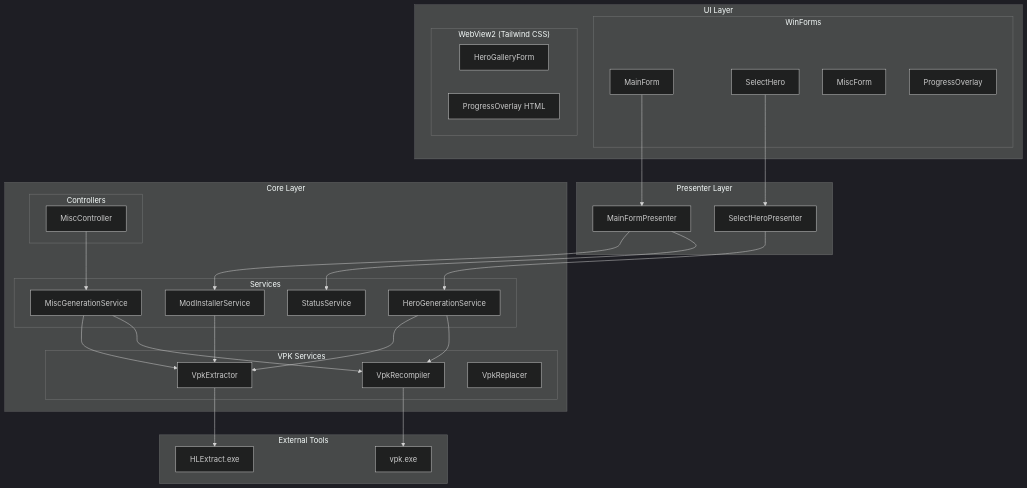
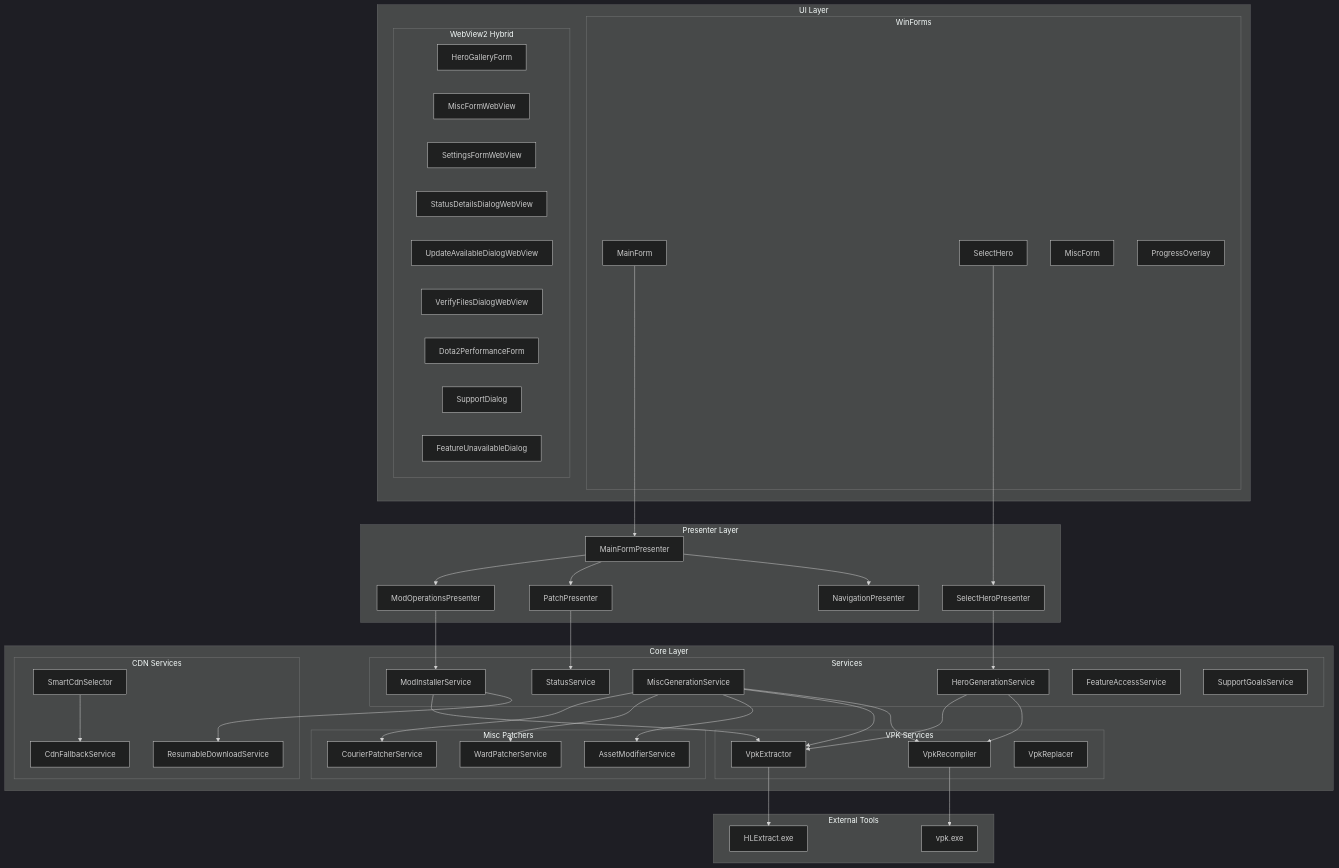
Before and after one commit to Anneardysa/ArdysaModsTools: the first of 8 diagrams in docs/developer/architecture.md, drawn with Mermaid (dark theme). The commit also changed other lines of this file and 14 other files, not shown here.

Commit message:
2.1.21 | Documentation | add support dialog, comprehensive docs refresh across 7 files | 2123

````diff
--- a/docs/developer/architecture.md
+++ b/docs/developer/architecture.md
@@ -9,56 +9,82 @@
 ```mermaid
 graph TB
     subgraph UI["UI Layer"]
         subgraph WinForms["WinForms"]
             MF[MainForm]
             SH[SelectHero]
             MiscF[MiscForm]
             PO[ProgressOverlay]
         end
-        subgraph WebView2["WebView2 (Tailwind CSS)"]
+        subgraph WebView2["WebView2 Hybrid"]
             HGF[HeroGalleryForm]
-            POW[ProgressOverlay HTML]
+            MFWV[MiscFormWebView]
+            SFWV[SettingsFormWebView]
+            SDDWV[StatusDetailsDialogWebView]
+            UADWV[UpdateAvailableDialogWebView]
+            VFDWV[VerifyFilesDialogWebView]
+            D2PF[Dota2PerformanceForm]
+            SD[SupportDialog]
+            FUDWV[FeatureUnavailableDialog]
         end
     end
 
     subgraph Presenters["Presenter Layer"]
         MFP[MainFormPresenter]
+        MOP[ModOperationsPresenter]
+        PP[PatchPresenter]
+        NP[NavigationPresenter]
         SHP[SelectHeroPresenter]
     end
 
     subgraph Core["Core Layer"]
-        subgraph Controllers
-            MC[MiscController]
-        end
         subgraph Services
             MIS[ModInstallerService]
             HGS[HeroGenerationService]
             MGS[MiscGenerationService]
             SS[StatusService]
+            FAS[FeatureAccessService]
+            SGS[SupportGoalsService]
+        end
+        subgraph MiscServices["Misc Patchers"]
+            CPS[CourierPatcherService]
+            WPS[WardPatcherService]
+            AMS[AssetModifierService]
+        end
+        subgraph CdnServices["CDN Services"]
+            SCS[SmartCdnSelector]
+            CFS[CdnFallbackService]
+            RDS[ResumableDownloadService]
         end
         subgraph VPK["VPK Services"]
             VE[VpkExtractor]
             VR[VpkRecompiler]
             VRep[VpkReplacer]
         end
     end
 
     subgraph External["External Tools"]
         HLE[HLExtract.exe]
         VPKT[vpk.exe]
     end
 
     MF --> MFP
+    MFP --> MOP
+    MFP --> PP
+    MFP --> NP
     SH --> SHP
-    MFP --> MIS
-    MFP --> SS
+    MOP --> MIS
+    PP --> SS
     SHP --> HGS
-    MC --> MGS
+    MGS --> CPS
+    MGS --> WPS
+    MGS --> AMS
     MIS --> VE
     HGS --> VE
     HGS --> VR
     MGS --> VE
     MGS --> VR
+    SCS --> CFS
+    MIS --> RDS
     VE --> HLE
     VR --> VPKT
 ```
````
